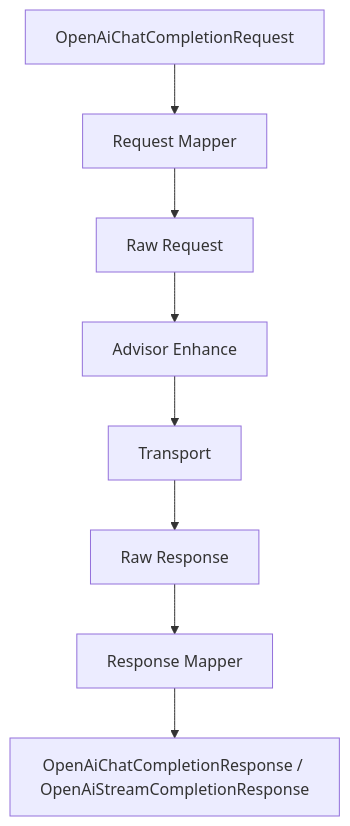
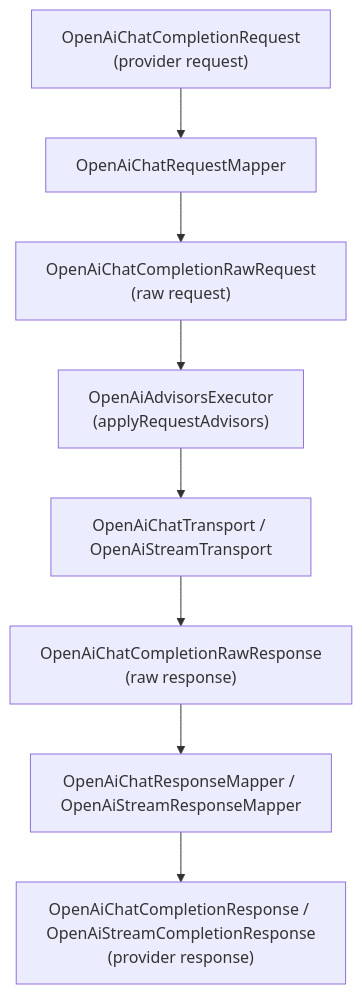
The first of 3 diagrams in liteagent-provider-openai/README.md (Halcyonsong/liteagent-template), drawn with Mermaid before and after one commit. The commit also changed other lines of this file and 95 other files, not shown here.

````diff
--- a/liteagent-provider-openai/README.md
+++ b/liteagent-provider-openai/README.md
@@ -41,10 +40,10 @@
 ```mermaid
 flowchart TD
-    A1[OpenAiChatCompletionRequest] --> A2[Request Mapper]
-    A2 --> A3[Raw Request]
-    A3 --> A4[Advisor Enhance]
-    A4 --> A5[Transport]
-    A5 --> A6[Raw Response]
-    A6 --> A7[Response Mapper]
-    A7 --> A8[OpenAiChatCompletionResponse / OpenAiStreamCompletionResponse]
+    A1["OpenAiChatCompletionRequest<br/>(provider request)"] --> A2["OpenAiChatRequestMapper"]
+    A2 --> A3["OpenAiChatCompletionRawRequest<br/>(raw request)"]
+    A3 --> A4["OpenAiAdvisorsExecutor<br/>(applyRequestAdvisors)"]
+    A4 --> A5["OpenAiChatTransport / OpenAiStreamTransport"]
+    A5 --> A6["OpenAiChatCompletionRawResponse<br/>(raw response)"]
+    A6 --> A7["OpenAiChatResponseMapper / OpenAiStreamResponseMapper"]
+    A7 --> A8["OpenAiChatCompletionResponse / OpenAiStreamCompletionResponse<br/>(provider response)"]
 ```
````
